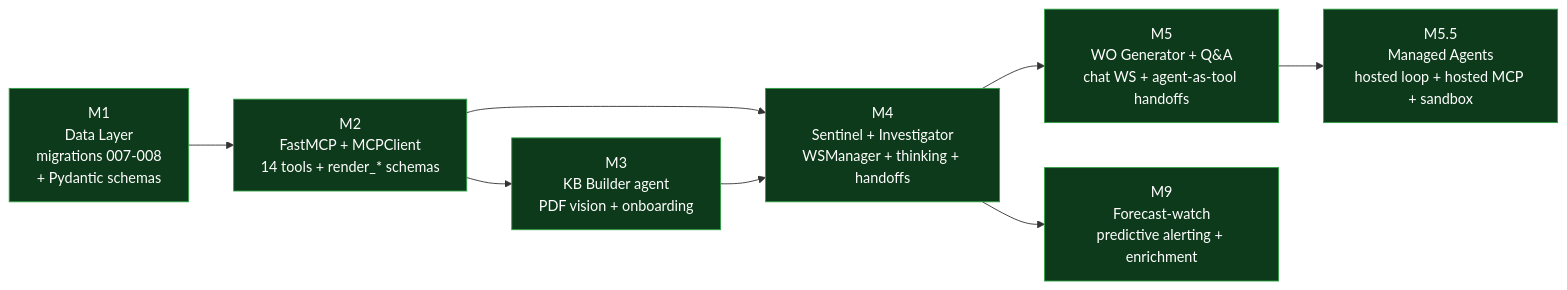
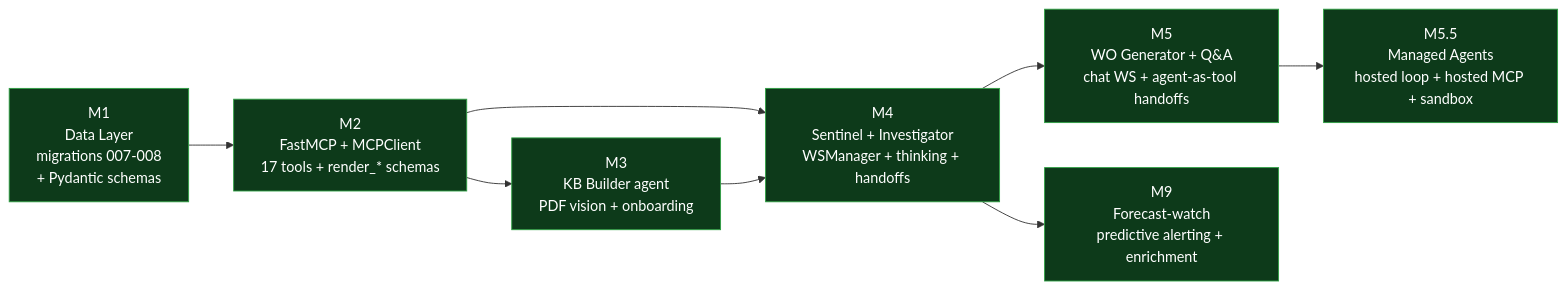
One commit to zestones/Aria changed the second of 2 diagrams in docs/architecture/README.md. Above: the diagram before and after it, drawn with Mermaid. The commit also changed other lines of this file and 16 other files, not shown here.

Commit message:
fix: documentation errors bad mcp tools number

````diff
--- a/docs/architecture/README.md
+++ b/docs/architecture/README.md
@@ -130,21 +130,21 @@
 ```mermaid
 flowchart LR
     M1["M1<br/>Data Layer<br/>migrations 007-008<br/>+ Pydantic schemas"]
-    M2["M2<br/>FastMCP + MCPClient<br/>14 tools + render_* schemas"]
+    M2["M2<br/>FastMCP + MCPClient<br/>17 tools + render_* schemas"]
     M3["M3<br/>KB Builder agent<br/>PDF vision + onboarding"]
     M4["M4<br/>Sentinel + Investigator<br/>WSManager + thinking + handoffs"]
     M5["M5<br/>WO Generator + Q&A<br/>chat WS + agent-as-tool handoffs"]
     M55["M5.5<br/>Managed Agents<br/>hosted loop + hosted MCP + sandbox"]
     M9["M9<br/>Forecast-watch<br/>predictive alerting + enrichment"]
 
     M1 --> M2
     M2 --> M3
     M2 --> M4
     M3 --> M4
     M4 --> M5
     M5 --> M55
     M4 --> M9
 
     classDef done fill:#0d3a1a,stroke:#2ea043,color:#fff
     class M1,M2,M3,M4,M5,M55,M9 done
 ```
````
